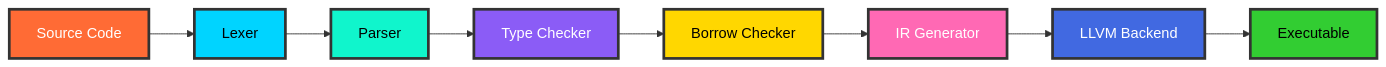
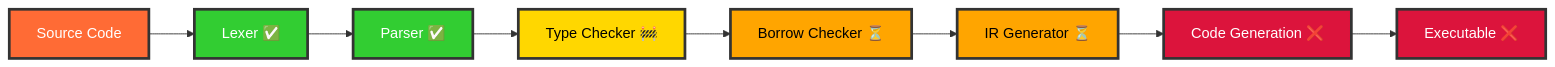
Before and after one commit to BLACK0X80/BLAZE: the diagram in README.md, drawn with Mermaid. The commit also changed other lines of this file, not shown here.

````diff
--- a/README.md
+++ b/README.md
@@ -830,19 +395,19 @@
 ```mermaid
 graph LR
-    A[Source Code] --> B[Lexer]
-    B --> C[Parser]
-    C --> D[Type Checker]
-    D --> E[Borrow Checker]
-    E --> F[IR Generator]
-    F --> G[LLVM Backend]
-    G --> H[Executable]
+    A[Source Code] --> B[Lexer ✅]
+    B --> C[Parser ✅]
+    C --> D[Type Checker 🚧]
+    D --> E[Borrow Checker ⏳]
+    E --> F[IR Generator ⏳]
+    F --> G[Code Generation ❌]
+    G --> H[Executable ❌]
 
     style A fill:#FF6B35,stroke:#333,stroke-width:3px,color:#fff
-    style B fill:#00D4FF,stroke:#333,stroke-width:3px,color:#000
-    style C fill:#10F5CC,stroke:#333,stroke-width:3px,color:#000
-    style D fill:#8B5CF6,stroke:#333,stroke-width:3px,color:#fff
-    style E fill:#FFD700,stroke:#333,stroke-width:3px,color:#000
-    style F fill:#FF69B4,stroke:#333,stroke-width:3px,color:#fff
-    style G fill:#4169E1,stroke:#333,stroke-width:3px,color:#fff
-    style H fill:#32CD32,stroke:#333,stroke-width:3px,color:#000
+    style B fill:#32CD32,stroke:#333,stroke-width:3px,color:#fff
+    style C fill:#32CD32,stroke:#333,stroke-width:3px,color:#fff
+    style D fill:#FFD700,stroke:#333,stroke-width:3px,color:#000
+    style E fill:#FFA500,stroke:#333,stroke-width:3px,color:#000
+    style F fill:#FFA500,stroke:#333,stroke-width:3px,color:#000
+    style G fill:#DC143C,stroke:#333,stroke-width:3px,color:#fff
+    style H fill:#DC143C,stroke:#333,stroke-width:3px,color:#fff
 ```
````
